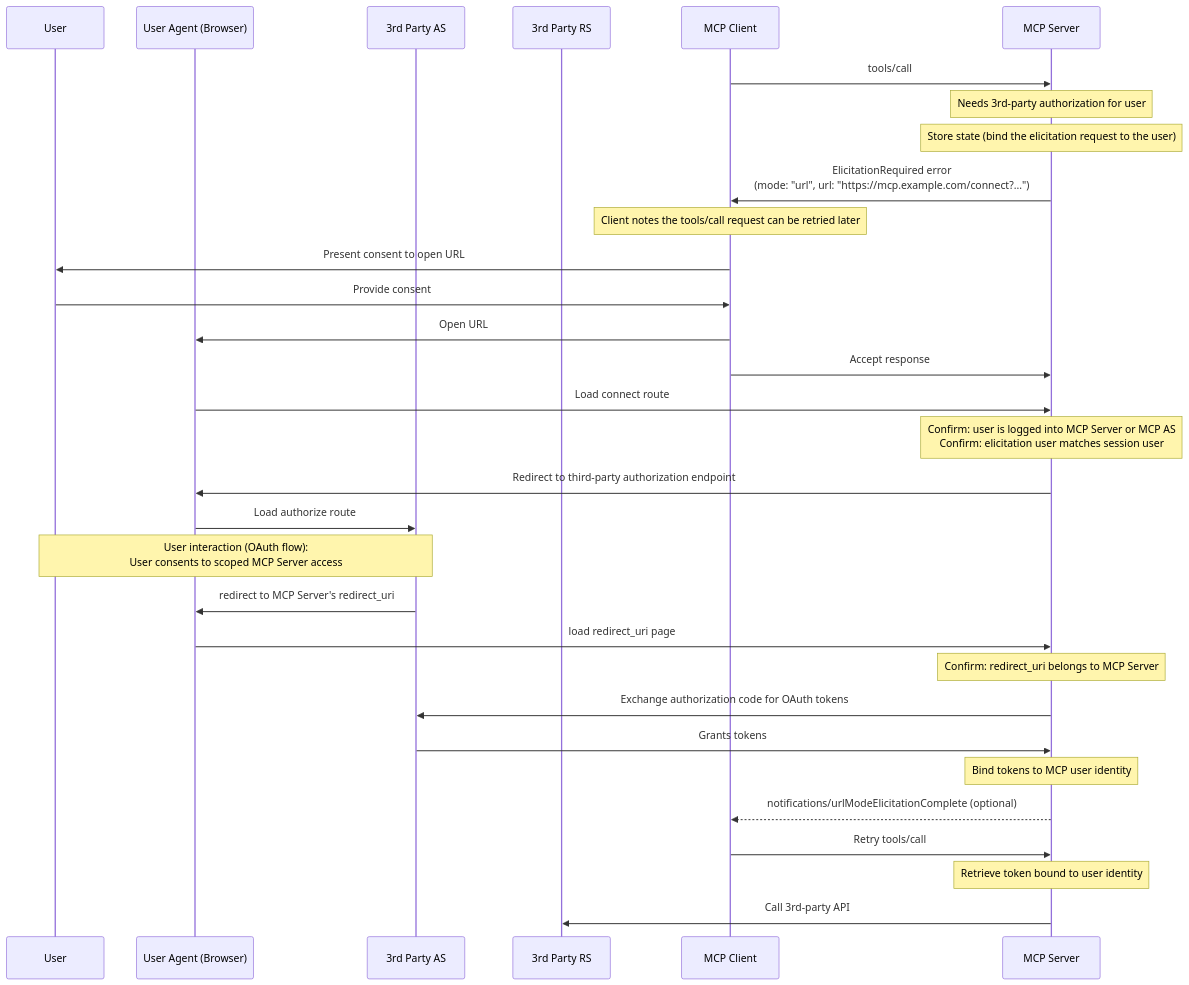
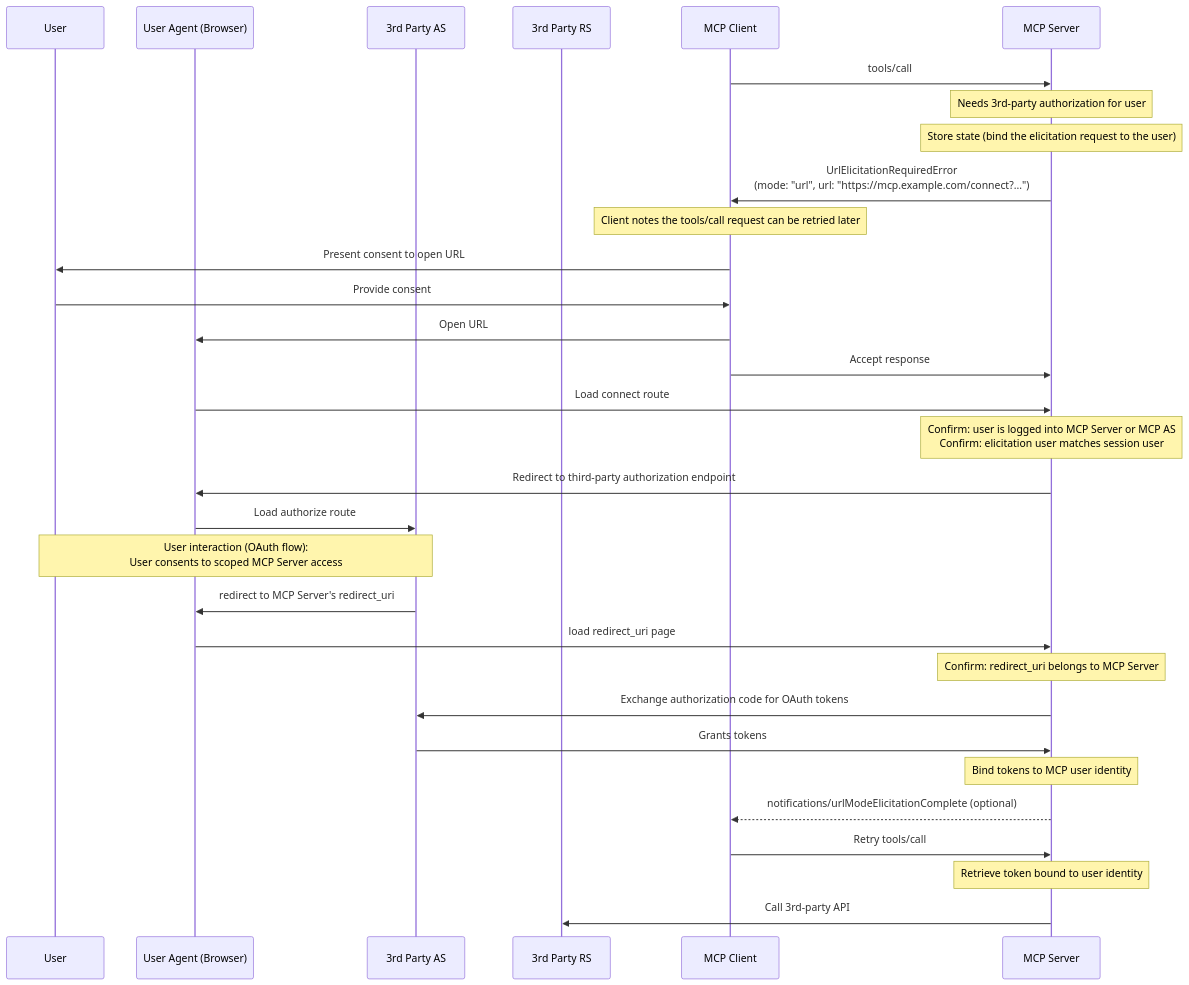
One commit to modelcontextprotocol/modelcontextprotocol changed the fourth of 4 diagrams in docs/specification/draft/client/elicitation.mdx. Above: the diagram before and after it, drawn with Mermaid. The commit also changed other lines of this file and 3 other files, not shown here.

Commit message:
Use error code -32042, rename error to UrlElicitationRequiredError

````diff
--- a/docs/specification/draft/client/elicitation.mdx
+++ b/docs/specification/draft/client/elicitation.mdx
@@ -589,34 +589,34 @@
 ```mermaid
 sequenceDiagram
     participant User
     participant UserAgent as User Agent (Browser)
     participant 3AS as 3rd Party AS
     participant 3RS as 3rd Party RS
     participant Client as MCP Client
     participant Server as MCP Server
 
     Client->>Server: tools/call
     Note over Server: Needs 3rd-party authorization for user
     Note over Server: Store state (bind the elicitation request to the user)
-    Server->>Client: ElicitationRequired error<br> (mode: "url", url: "https://mcp.example.com/connect?...")
+    Server->>Client: UrlElicitationRequiredError<br> (mode: "url", url: "https://mcp.example.com/connect?...")
     Note over Client: Client notes the tools/call request can be retried later
     Client->>User: Present consent to open URL
     User->>Client: Provide consent
     Client->>UserAgent: Open URL
     Client->>Server: Accept response
     UserAgent->>Server: Load connect route
     Note over Server: Confirm: user is logged into MCP Server or MCP AS<br>Confirm: elicitation user matches session user
     Server->>UserAgent: Redirect to third-party authorization endpoint
     UserAgent->>3AS: Load authorize route
     Note over 3AS,User: User interaction (OAuth flow):<br>User consents to scoped MCP Server access
     3AS->>UserAgent: redirect to MCP Server's redirect_uri
     UserAgent->>Server: load redirect_uri page
     Note over Server: Confirm: redirect_uri belongs to MCP Server
     Server->>3AS: Exchange authorization code for  OAuth tokens
     3AS->>Server: Grants tokens
     Note over Server: Bind tokens to MCP user identity
     Server-->>Client: notifications/urlModeElicitationComplete (optional)
     Client->>Server: Retry tools/call
     Note over Server: Retrieve token bound to user identity
     Server->>3RS: Call 3rd-party API
 ```
````
